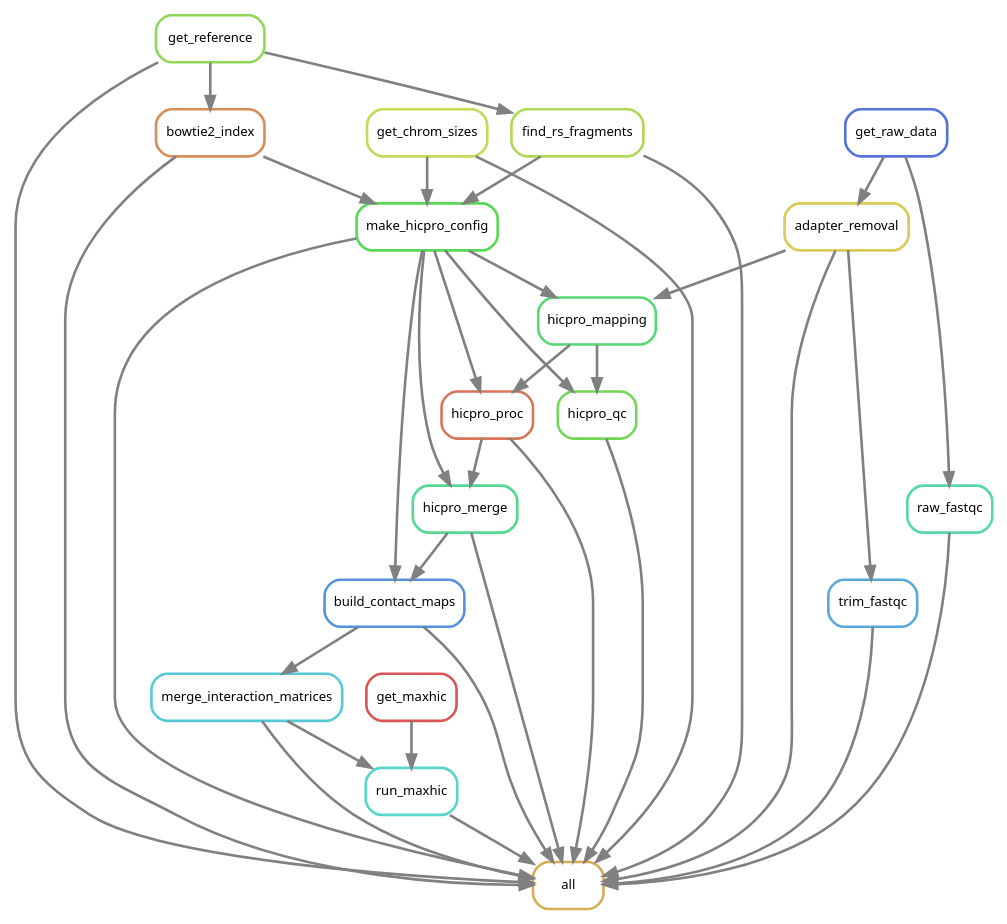
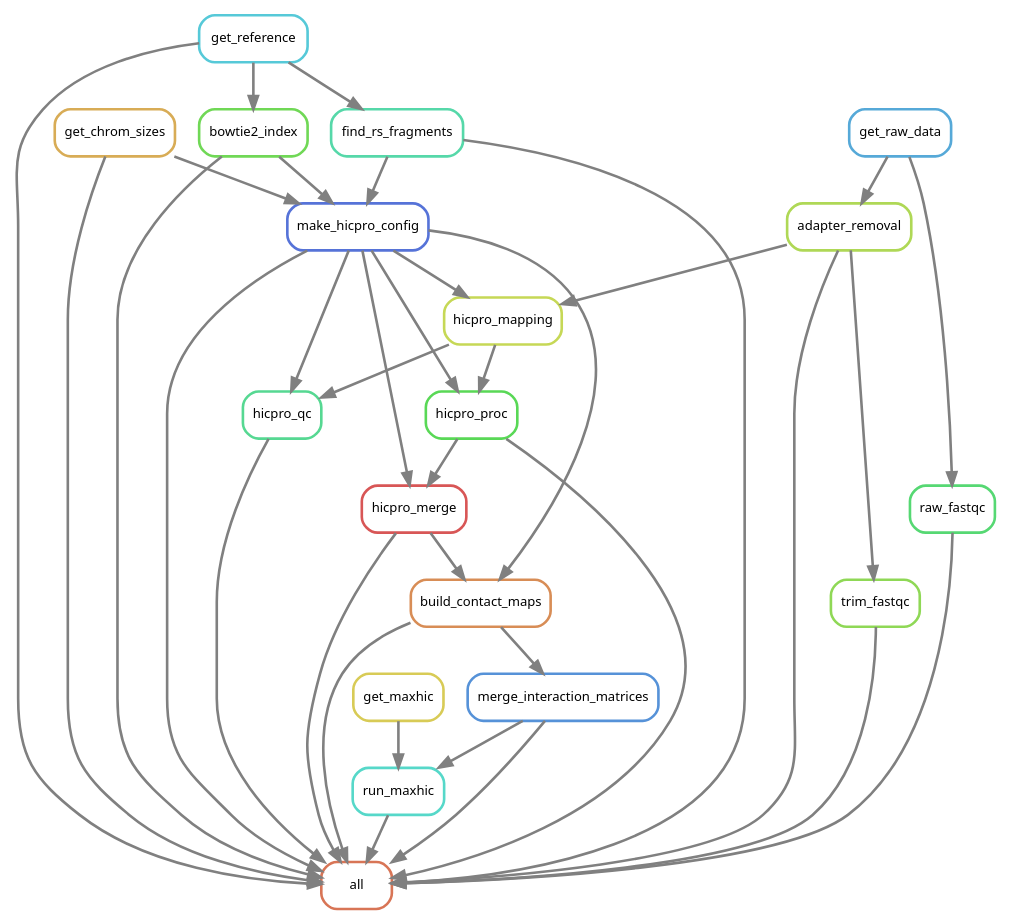
Before and after one commit to DRMCRL/ENCODE_T47D_HiC_ENCSR549MGQ: the diagram in output/rulegraph.dot, drawn with Graphviz. The commit also changed 19 other files, not shown here.

```diff
--- a/output/rulegraph.dot
+++ b/output/rulegraph.dot
@@ -1,58 +1,58 @@
 digraph snakemake_dag {
     graph[bgcolor=white, margin=0];
     node[shape=box, style=rounded, fontname=sans,                 fontsize=10, penwidth=2];
     edge[penwidth=2, color=grey];
-	0[label = "all", color = "0.11 0.6 0.85", style="rounded"];
-	1[label = "build_contact_maps", color = "0.59 0.6 0.85", style="rounded"];
-	2[label = "raw_fastqc", color = "0.44 0.6 0.85", style="rounded"];
-	3[label = "trim_fastqc", color = "0.56 0.6 0.85", style="rounded"];
-	4[label = "bowtie2_index", color = "0.07 0.6 0.85", style="rounded"];
-	5[label = "adapter_removal", color = "0.15 0.6 0.85", style="rounded"];
-	6[label = "get_reference", color = "0.26 0.6 0.85", style="rounded"];
-	7[label = "run_maxhic", color = "0.48 0.6 0.85", style="rounded"];
-	8[label = "merge_interaction_matrices", color = "0.52 0.6 0.85", style="rounded"];
-	9[label = "hicpro_qc", color = "0.30 0.6 0.85", style="rounded"];
-	10[label = "find_rs_fragments", color = "0.22 0.6 0.85", style="rounded"];
-	11[label = "hicpro_proc", color = "0.04 0.6 0.85", style="rounded"];
-	12[label = "hicpro_merge", color = "0.41 0.6 0.85", style="rounded"];
-	13[label = "make_hicpro_config", color = "0.33 0.6 0.85", style="rounded"];
-	14[label = "get_chrom_sizes", color = "0.19 0.6 0.85", style="rounded"];
-	15[label = "get_raw_data", color = "0.63 0.6 0.85", style="rounded"];
-	16[label = "get_maxhic", color = "0.00 0.6 0.85", style="rounded"];
-	17[label = "hicpro_mapping", color = "0.37 0.6 0.85", style="rounded"];
-	11 -> 0
-	4 -> 0
-	5 -> 0
+	0[label = "all", color = "0.04 0.6 0.85", style="rounded"];
+	1[label = "merge_interaction_matrices", color = "0.59 0.6 0.85", style="rounded"];
+	2[label = "raw_fastqc", color = "0.37 0.6 0.85", style="rounded"];
+	3[label = "build_contact_maps", color = "0.07 0.6 0.85", style="rounded"];
+	4[label = "adapter_removal", color = "0.22 0.6 0.85", style="rounded"];
+	5[label = "bowtie2_index", color = "0.30 0.6 0.85", style="rounded"];
+	6[label = "make_hicpro_config", color = "0.63 0.6 0.85", style="rounded"];
+	7[label = "trim_fastqc", color = "0.26 0.6 0.85", style="rounded"];
+	8[label = "run_maxhic", color = "0.48 0.6 0.85", style="rounded"];
+	9[label = "hicpro_merge", color = "0.00 0.6 0.85", style="rounded"];
+	10[label = "get_chrom_sizes", color = "0.11 0.6 0.85", style="rounded"];
+	11[label = "get_reference", color = "0.52 0.6 0.85", style="rounded"];
+	12[label = "find_rs_fragments", color = "0.44 0.6 0.85", style="rounded"];
+	13[label = "hicpro_qc", color = "0.41 0.6 0.85", style="rounded"];
+	14[label = "hicpro_proc", color = "0.33 0.6 0.85", style="rounded"];
+	15[label = "get_raw_data", color = "0.56 0.6 0.85", style="rounded"];
+	16[label = "get_maxhic", color = "0.15 0.6 0.85", style="rounded"];
+	17[label = "hicpro_mapping", color = "0.19 0.6 0.85", style="rounded"];
 	9 -> 0
 	10 -> 0
-	6 -> 0
-	14 -> 0
-	12 -> 0
+	4 -> 0
 	7 -> 0
-	13 -> 0
+	5 -> 0
+	11 -> 0
 	2 -> 0
 	8 -> 0
+	12 -> 0
+	14 -> 0
 	3 -> 0
+	13 -> 0
 	1 -> 0
-	12 -> 1
-	13 -> 1
+	6 -> 0
+	3 -> 1
 	15 -> 2
-	5 -> 3
-	6 -> 4
-	15 -> 5
-	8 -> 7
-	16 -> 7
+	9 -> 3
+	6 -> 3
+	15 -> 4
+	11 -> 5
+	12 -> 6
+	10 -> 6
+	5 -> 6
+	4 -> 7
 	1 -> 8
-	13 -> 9
-	17 -> 9
-	6 -> 10
-	13 -> 11
-	17 -> 11
+	16 -> 8
+	6 -> 9
+	14 -> 9
 	11 -> 12
-	13 -> 12
-	10 -> 13
-	4 -> 13
-	14 -> 13
-	13 -> 17
-	5 -> 17
+	17 -> 13
+	6 -> 13
+	17 -> 14
+	6 -> 14
+	4 -> 17
+	6 -> 17
 }            
```
